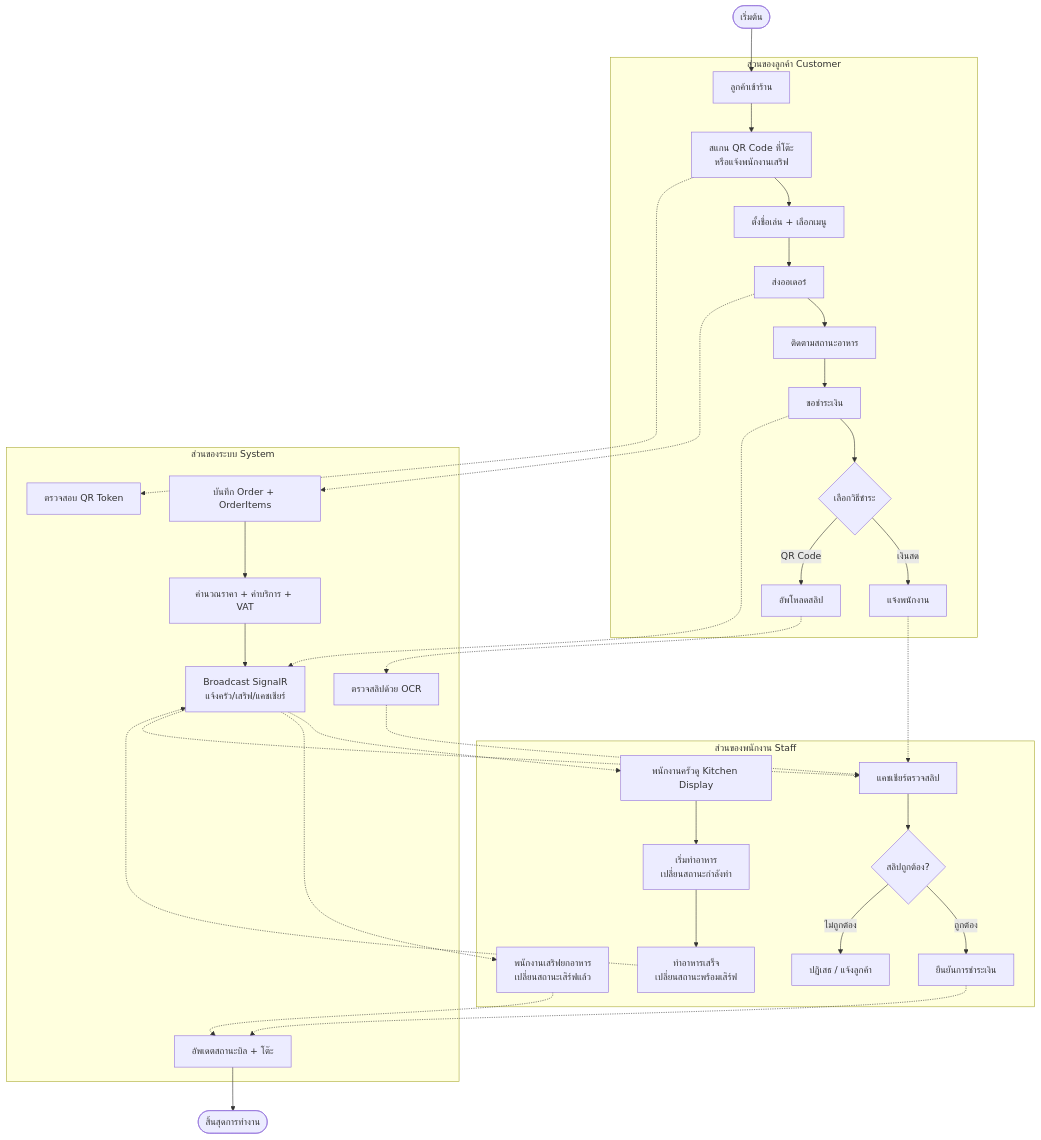
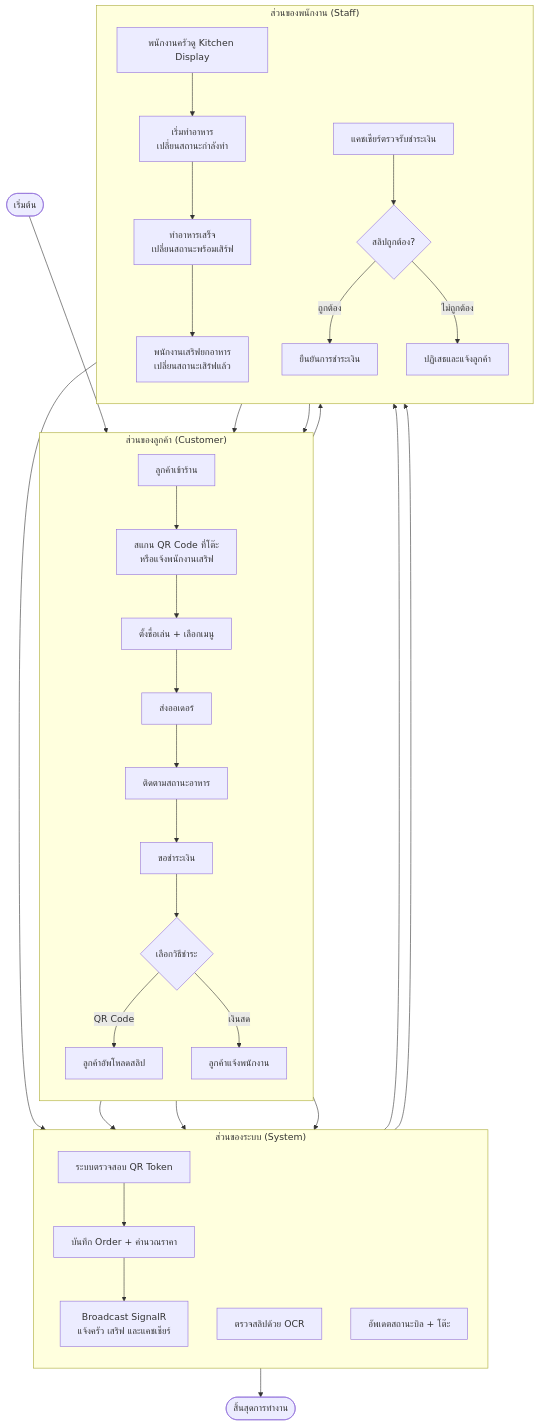
The third of 28 diagrams in doc/report/05-chapter-3-design.md (TurkPhakim/RBMS-POS-Website), drawn with Mermaid before and after one commit. The commit also changed other lines of this file and 9 other files, not shown here.

````diff
--- a/doc/report/05-chapter-3-design.md
+++ b/doc/report/05-chapter-3-design.md
@@ -253,56 +253,68 @@
 ```mermaid
-flowchart TD
-    Start([เริ่มต้น]) --> C1[ลูกค้าเข้าร้าน]
+graph TB
+    Start([เริ่มต้น])
 
-    subgraph Customer[ส่วนของลูกค้า Customer]
-        C1 --> C2[สแกน QR Code ที่โต๊ะ<br/>หรือแจ้งพนักงานเสริฟ]
-        C2 --> C3[ตั้งชื่อเล่น + เลือกเมนู]
-        C3 --> C4[ส่งออเดอร์]
-        C4 --> C5[ติดตามสถานะอาหาร]
-        C5 --> C6[ขอชำระเงิน]
-        C6 --> C7{เลือกวิธีชำระ}
-        C7 -->|เงินสด| C8[แจ้งพนักงาน]
-        C7 -->|QR Code| C9[อัพโหลดสลิป]
+    subgraph Customer["ส่วนของลูกค้า (Customer)"]
+        direction TB
+        C1["ลูกค้าเข้าร้าน"]
+        C2["สแกน QR Code ที่โต๊ะ<br/>หรือแจ้งพนักงานเสริฟ"]
+        C3["ตั้งชื่อเล่น + เลือกเมนู"]
+        C4["ส่งออเดอร์"]
+        C5["ติดตามสถานะอาหาร"]
+        C6["ขอชำระเงิน"]
+        C7{"เลือกวิธีชำระ"}
+        C8["ลูกค้าแจ้งพนักงาน"]
+        C9["ลูกค้าอัพโหลดสลิป"]
+        C1 --> C2
+        C2 --> C3
+        C3 --> C4
+        C4 --> C5
+        C5 --> C6
+        C6 --> C7
+        C7 -->|QR Code| C9
+        C7 -->|เงินสด| C8
     end
 
-    subgraph System[ส่วนของระบบ System]
-        S1[ตรวจสอบ QR Token]
-        S2[บันทึก Order + OrderItems]
-        S3[คำนวณราคา + ค่าบริการ + VAT]
-        S4[Broadcast SignalR<br/>แจ้งครัว/เสริฟ/แคชเชียร์]
-        S5[ตรวจสลิปด้วย OCR]
-        S6[อัพเดตสถานะบิล + โต๊ะ]
+    subgraph System["ส่วนของระบบ (System)"]
+        direction TB
+        S1["ระบบตรวจสอบ QR Token"]
+        S2["บันทึก Order + คำนวณราคา"]
+        S3["Broadcast SignalR<br/>แจ้งครัว เสริฟ และแคชเชียร์"]
+        S4["ตรวจสลิปด้วย OCR"]
+        S5["อัพเดตสถานะบิล + โต๊ะ"]
+        S1 --> S2
+        S2 --> S3
     end
 
-    subgraph Staff[ส่วนของพนักงาน Staff]
-        T1[พนักงานครัวดู Kitchen Display]
-        T2[เริ่มทำอาหาร<br/>เปลี่ยนสถานะกำลังทำ]
-        T3[ทำอาหารเสร็จ<br/>เปลี่ยนสถานะพร้อมเสิร์ฟ]
-        T4[พนักงานเสริฟยกอาหาร<br/>เปลี่ยนสถานะเสิร์ฟแล้ว]
-        T5[แคชเชียร์ตรวจสลิป]
-        T6{สลิปถูกต้อง?}
-        T7[ยืนยันการชำระเงิน]
-        T8[ปฏิเสธ / แจ้งลูกค้า]
+    subgraph Staff["ส่วนของพนักงาน (Staff)"]
+        direction TB
+        T1["พนักงานครัวดู Kitchen Display"]
+        T2["เริ่มทำอาหาร<br/>เปลี่ยนสถานะกำลังทำ"]
+        T3["ทำอาหารเสร็จ<br/>เปลี่ยนสถานะพร้อมเสิร์ฟ"]
+        T4["พนักงานเสริฟยกอาหาร<br/>เปลี่ยนสถานะเสิร์ฟแล้ว"]
+        T5["แคชเชียร์ตรวจรับชำระเงิน"]
+        T6{"สลิปถูกต้อง?"}
+        T7["ยืนยันการชำระเงิน"]
+        T8["ปฏิเสธและแจ้งลูกค้า"]
+        T1 --> T2
+        T2 --> T3
+        T3 --> T4
+        T5 --> T6
+        T6 -->|ถูกต้อง| T7
+        T6 -->|ไม่ถูกต้อง| T8
     end
 
-    C2 -.-> S1
-    C4 -.-> S2
-    S2 --> S3
-    S3 --> S4
-    S4 -.-> T1
-    T1 --> T2
-    T2 --> T3
-    T3 -.-> S4
-    S4 -.-> T4
-    T4 -.-> S6
-    C6 -.-> S4
-    S4 -.-> T5
-    C9 -.-> S5
-    S5 -.-> T5
-    T5 --> T6
-    T6 -->|ถูกต้อง| T7
-    T6 -->|ไม่ถูกต้อง| T8
-    C8 -.-> T5
-    T7 -.-> S6
-    S6 --> End([สิ้นสุดการทำงาน])
+    End([สิ้นสุดการทำงาน])
+
+    Start --> C1
+    C2 --> S1
+    C4 --> S2
+    S3 --> T1
+    T4 --> C5
+    C8 --> T5
+    C9 --> S4
+    S4 --> T5
+    T7 --> S5
+    T8 --> C6
+    S5 --> End
 ```
````
